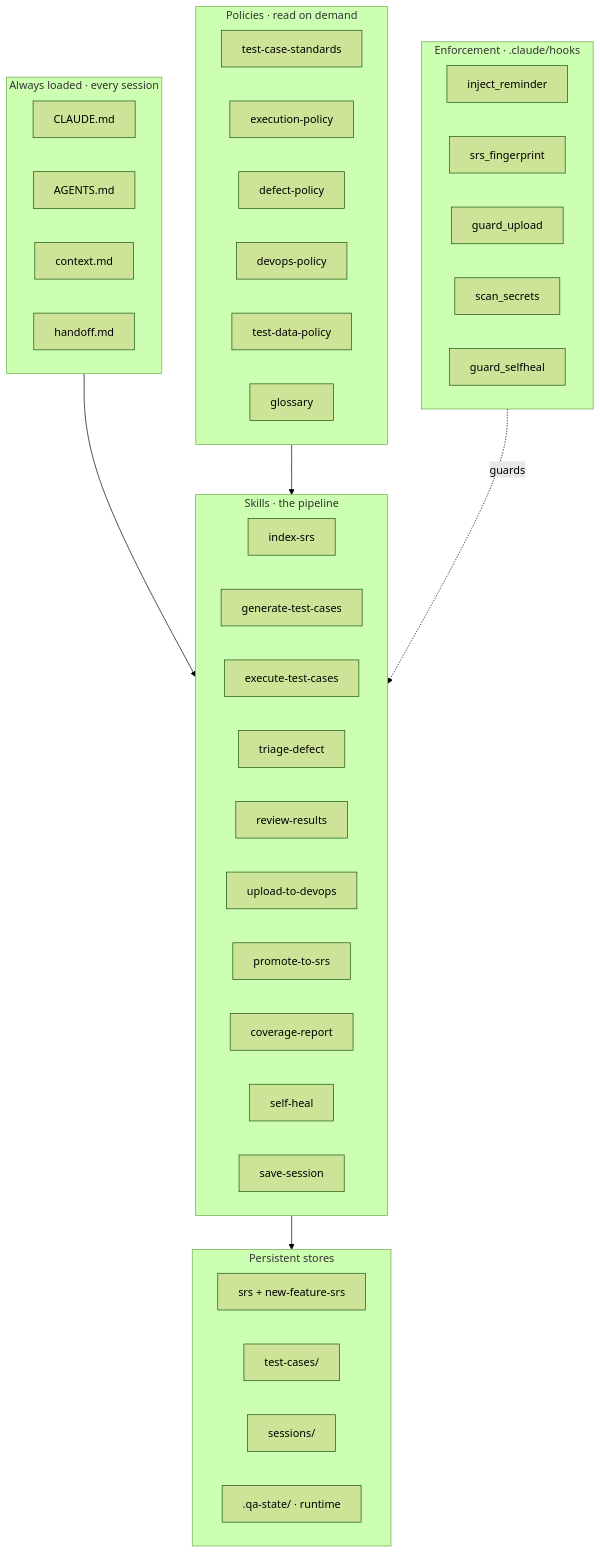
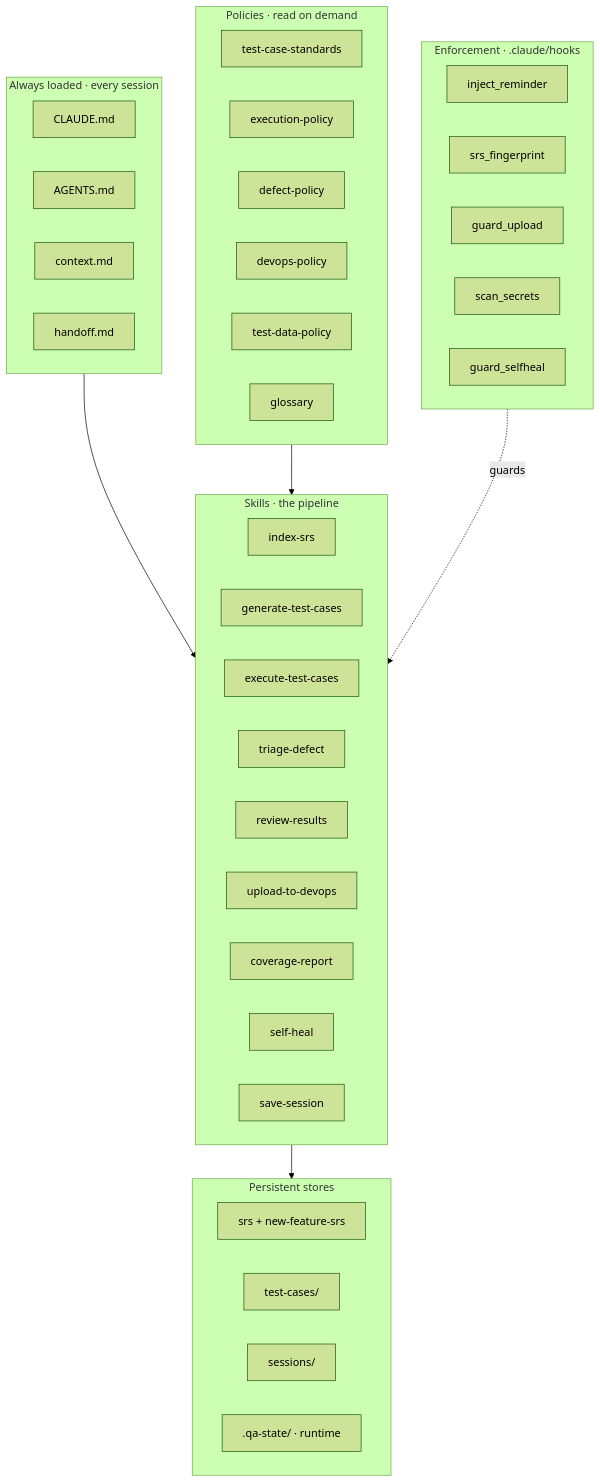
One commit to Abdelrahman4799/qa-ai-framework changed the second of 5 diagrams in ARCHITECTURE.md. Above: the diagram before and after it, drawn with Mermaid (forest theme). The commit also changed other lines of this file and 9 other files, not shown here.

First line of the commit message:
Remove promote-to-srs stage (pipeline ends at upload)

````diff
--- a/ARCHITECTURE.md
+++ b/ARCHITECTURE.md
@@ -66,47 +63,46 @@
 ```mermaid
 flowchart TB
     subgraph L1["Always loaded · every session"]
         A1["CLAUDE.md"]
         A2["AGENTS.md"]
         A3["context.md"]
         A4["handoff.md"]
     end
     subgraph L2["Policies · read on demand"]
         P1["test-case-standards"]
         P2["execution-policy"]
         P3["defect-policy"]
         P4["devops-policy"]
         P5["test-data-policy"]
         P6["glossary"]
     end
     subgraph L3["Skills · the pipeline"]
         K1["index-srs"]
         K2["generate-test-cases"]
         K3["execute-test-cases"]
         K4["triage-defect"]
         K5["review-results"]
         K6["upload-to-devops"]
-        K7["promote-to-srs"]
         K8["coverage-report"]
         K9["self-heal"]
         K10["save-session"]
     end
     subgraph L4["Enforcement · .claude/hooks"]
         H1["inject_reminder"]
         H2["srs_fingerprint"]
         H3["guard_upload"]
         H4["scan_secrets"]
         H5["guard_selfheal"]
     end
     subgraph L5["Persistent stores"]
         D1["srs + new-feature-srs"]
         D2["test-cases/"]
         D3["sessions/"]
         D4[".qa-state/ · runtime"]
     end
 
     L1 --> L3
     L2 --> L3
     L3 --> L5
     L4 -. guards .-> L3
 ```
````
